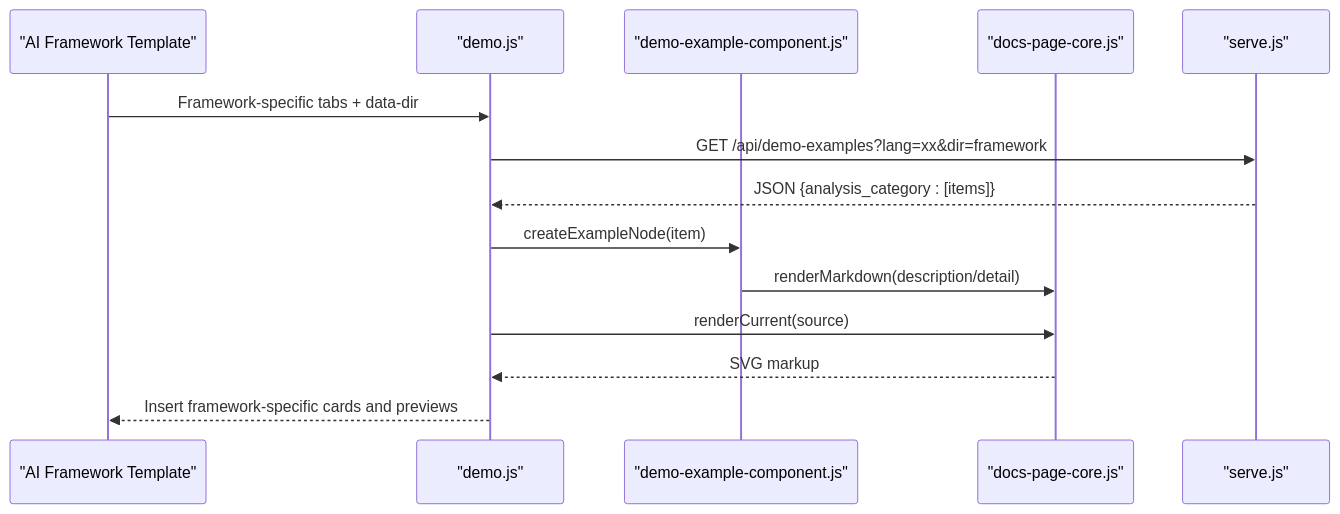
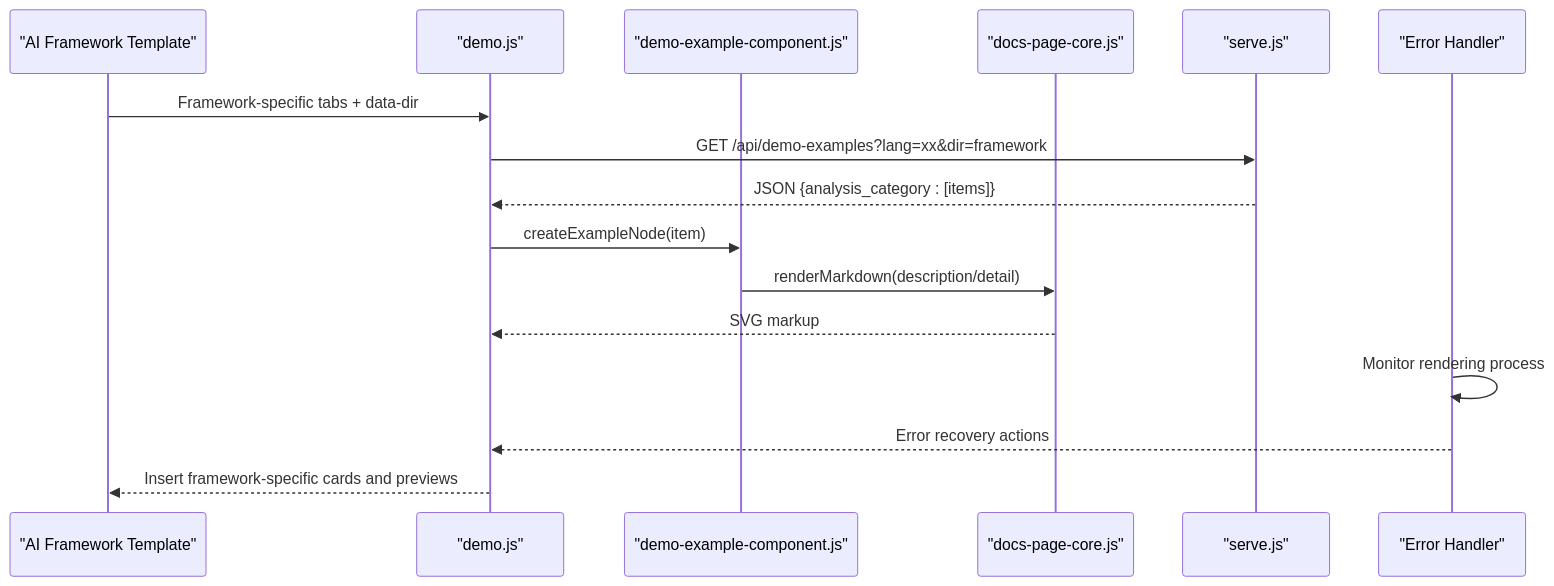
Before and after one commit to pingwurth/code-to-uml: the fifth of 8 diagrams in .qoder/repowiki/en/content/Template System/Template System.md, drawn with Mermaid. The commit also changed other lines of this file and 21 other files, not shown here.

Commit message:
chore(docs): 删除 Code-To-UML 介绍文档

````diff
--- a/.qoder/repowiki/en/content/Template System/Template System.md
+++ b/.qoder/repowiki/en/content/Template System/Template System.md
@@ -305,16 +324,18 @@
 ```mermaid
 sequenceDiagram
 participant HTML as "AI Framework Template"
 participant Demo as "demo.js"
 participant Comp as "demo-example-component.js"
 participant Core as "docs-page-core.js"
 participant Server as "serve.js"
+participant ErrorHandler as "Error Handler"
 HTML->>Demo : Framework-specific tabs + data-dir
 Demo->>Server : GET /api/demo-examples?lang=xx&dir=framework
 Server-->>Demo : JSON {analysis_category : [items]}
 Demo->>Comp : createExampleNode(item)
 Comp->>Core : renderMarkdown(description/detail)
-Demo->>Core : renderCurrent(source)
 Core-->>Demo : SVG markup
+ErrorHandler->>ErrorHandler : Monitor rendering process
+ErrorHandler-->>Demo : Error recovery actions
 Demo-->>HTML : Insert framework-specific cards and previews
 ```
````
